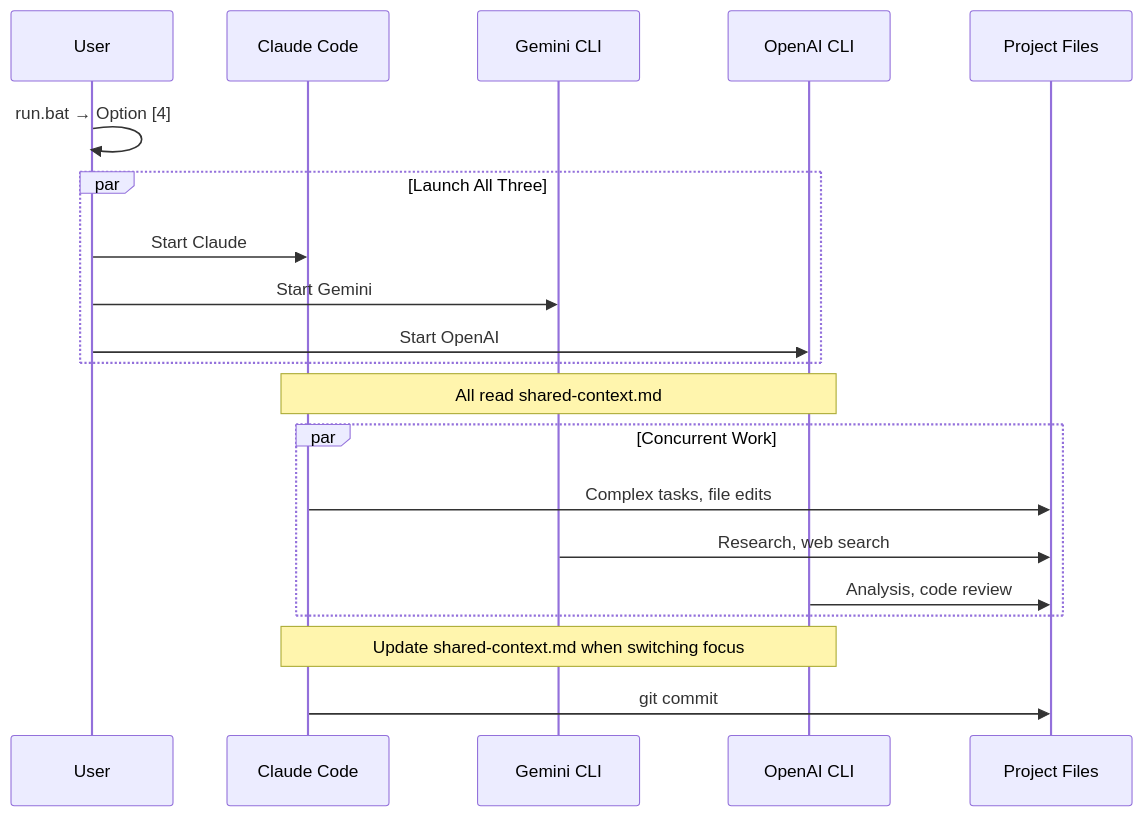
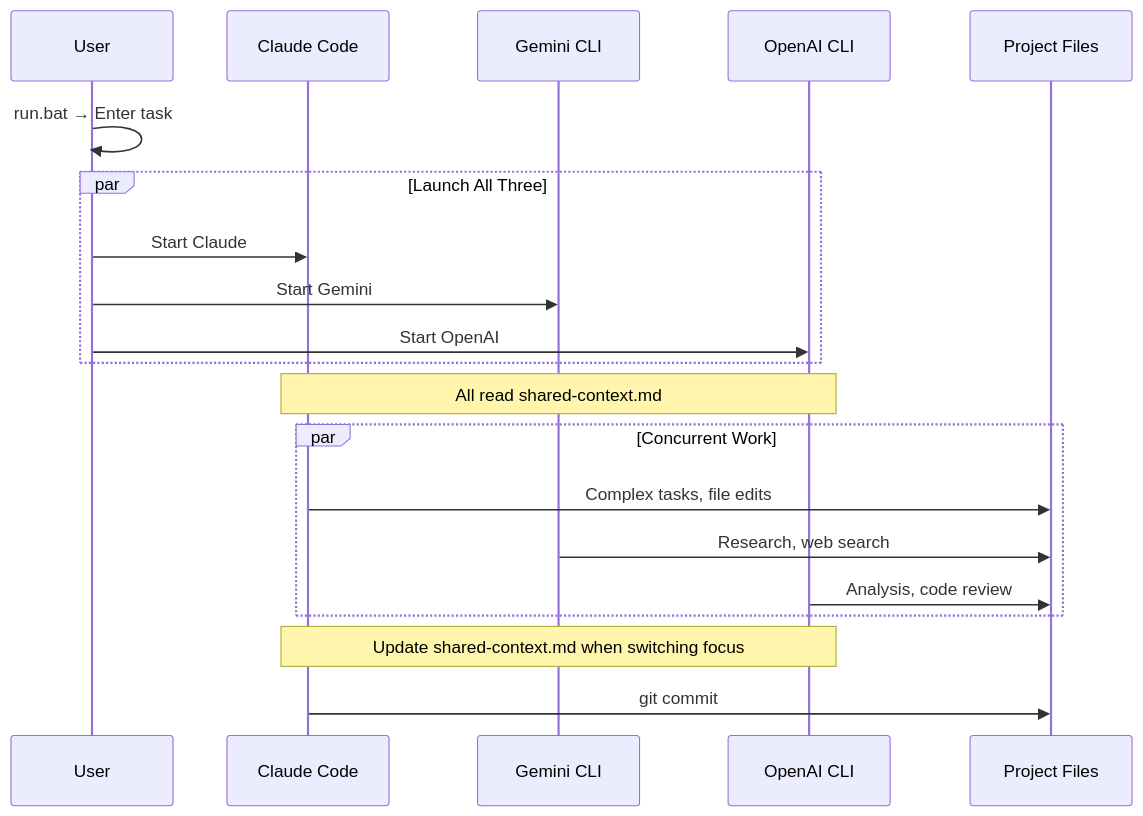
One commit to zturner1/zturner1-3model-concurrent-workflow changed the second of 3 diagrams in docs/diagram.md. Above: the diagram before and after it, drawn with Mermaid. The commit also changed 20 other files, not shown here.

````diff
--- a/docs/diagram.md
+++ b/docs/diagram.md
@@ -46,28 +46,28 @@
 ```mermaid
 sequenceDiagram
     participant U as User
     participant C as Claude Code
     participant G as Gemini CLI
     participant O as OpenAI CLI
     participant F as Project Files
 
-    U->>U: run.bat → Option [4]
+    U->>U: run.bat → Enter task
 
     par Launch All Three
         U->>C: Start Claude
         U->>G: Start Gemini
         U->>O: Start OpenAI
     end
 
     Note over C,O: All read shared-context.md
 
     par Concurrent Work
         C->>F: Complex tasks, file edits
         G->>F: Research, web search
         O->>F: Analysis, code review
     end
 
     Note over C,O: Update shared-context.md when switching focus
 
     C->>F: git commit
 ```
````
